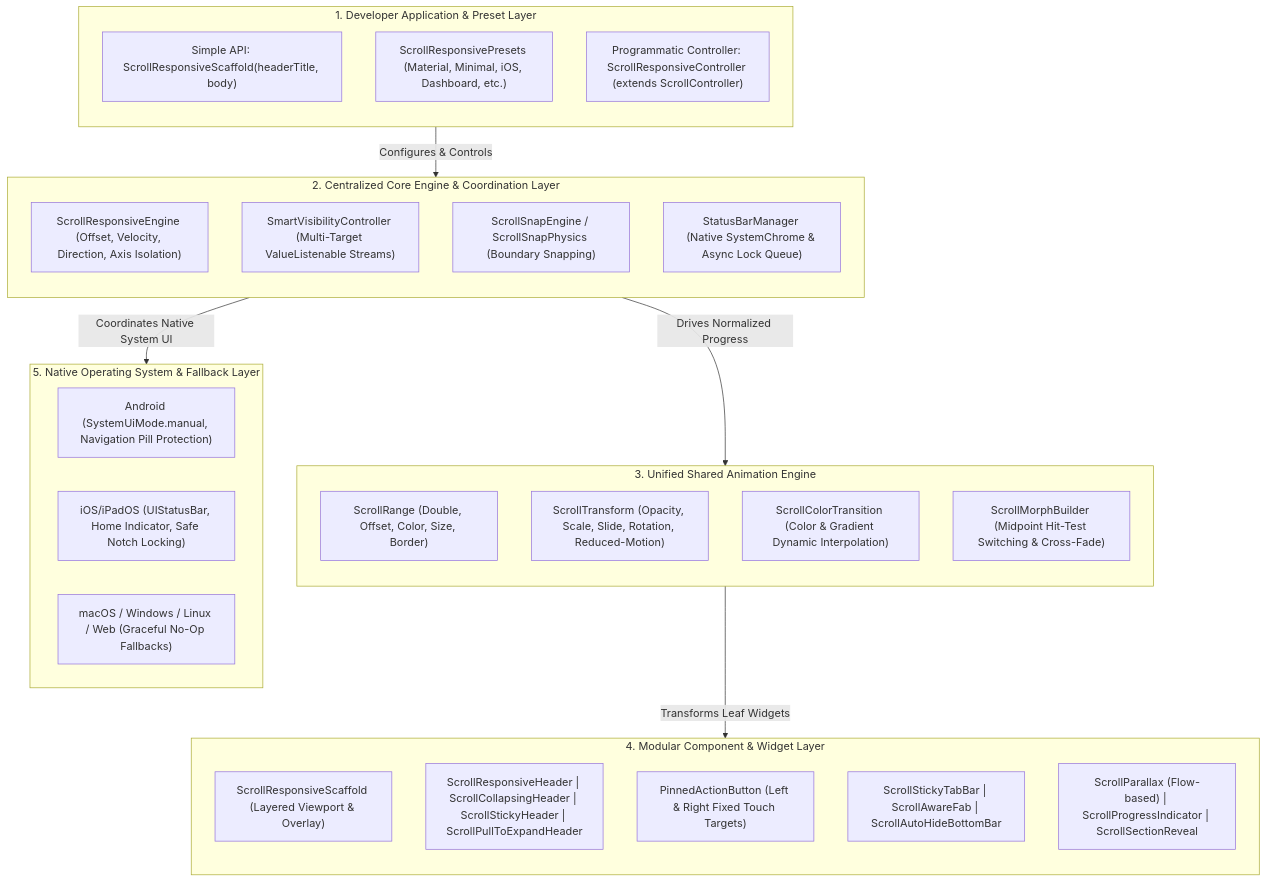
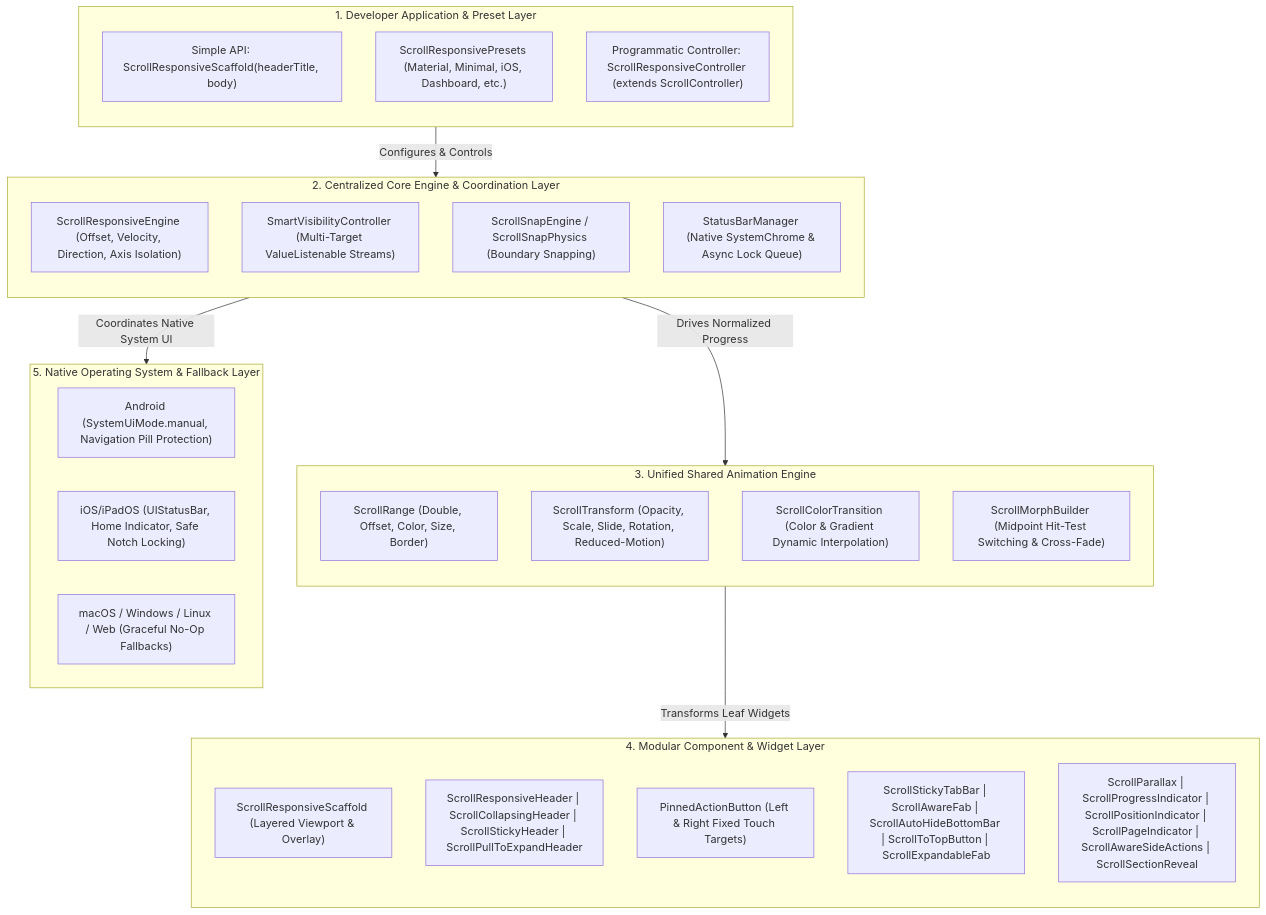
The first of 3 diagrams in ARCHITECTURE.md (juwelzan/app_bar_ui), drawn with Mermaid before and after one commit. The commit also changed 9 other files, not shown here.

Commit message:
feat(phase-5): implement advanced scroll components (scroll-to-top, position indicator, side actions, expandable fab, page indicator)

````diff
--- a/ARCHITECTURE.md
+++ b/ARCHITECTURE.md
@@ -7,45 +7,45 @@
 ```mermaid
 flowchart TD
     subgraph ClientLayer["1. Developer Application & Preset Layer"]
         direction TB
         SimpleUsage["Simple API: ScrollResponsiveScaffold(headerTitle, body)"]
         PresetSystem["ScrollResponsivePresets (Material, Minimal, iOS, Dashboard, etc.)"]
         AdvancedController["Programmatic Controller: ScrollResponsiveController (extends ScrollController)"]
     end
 
     subgraph EngineLayer["2. Centralized Core Engine & Coordination Layer"]
         direction TB
         ScrollEngine["ScrollResponsiveEngine (Offset, Velocity, Direction, Axis Isolation)"]
         VisibilityEngine["SmartVisibilityController (Multi-Target ValueListenable Streams)"]
         SnapEngine["ScrollSnapEngine / ScrollSnapPhysics (Boundary Snapping)"]
         SystemUIManager["StatusBarManager (Native SystemChrome & Async Lock Queue)"]
     end
 
     subgraph AnimationLayer["3. Unified Shared Animation Engine"]
         direction TB
         ScrollRange["ScrollRange<T> (Double, Offset, Color, Size, Border)"]
         ScrollTransform["ScrollTransform (Opacity, Scale, Slide, Rotation, Reduced-Motion)"]
         ColorTween["ScrollColorTransition (Color & Gradient Dynamic Interpolation)"]
         MorphBuilder["ScrollMorphBuilder (Midpoint Hit-Test Switching & Cross-Fade)"]
     end
 
     subgraph ComponentLayer["4. Modular Component & Widget Layer"]
         direction TB
         MasterScaffold["ScrollResponsiveScaffold (Layered Viewport & Overlay)"]
         HeaderModules["ScrollResponsiveHeader | ScrollCollapsingHeader | ScrollStickyHeader | ScrollPullToExpandHeader"]
         ActionModules["PinnedActionButton (Left & Right Fixed Touch Targets)"]
-        NavModules["ScrollStickyTabBar | ScrollAwareFab | ScrollAutoHideBottomBar"]
-        ViewportModules["ScrollParallax (Flow-based) | ScrollProgressIndicator | ScrollSectionReveal"]
+        NavModules["ScrollStickyTabBar | ScrollAwareFab | ScrollAutoHideBottomBar | ScrollToTopButton | ScrollExpandableFab"]
+        ViewportModules["ScrollParallax | ScrollProgressIndicator | ScrollPositionIndicator | ScrollPageIndicator | ScrollAwareSideActions | ScrollSectionReveal"]
     end
 
     subgraph PlatformLayer["5. Native Operating System & Fallback Layer"]
         AndroidSys["Android (SystemUiMode.manual, Navigation Pill Protection)"]
         IosSys["iOS/iPadOS (UIStatusBar, Home Indicator, Safe Notch Locking)"]
         DesktopWeb["macOS / Windows / Linux / Web (Graceful No-Op Fallbacks)"]
     end
 
     ClientLayer -->|Configures & Controls| EngineLayer
     EngineLayer -->|Drives Normalized Progress| AnimationLayer
     AnimationLayer -->|Transforms Leaf Widgets| ComponentLayer
     EngineLayer -->|Coordinates Native System UI| PlatformLayer
 ```
````
